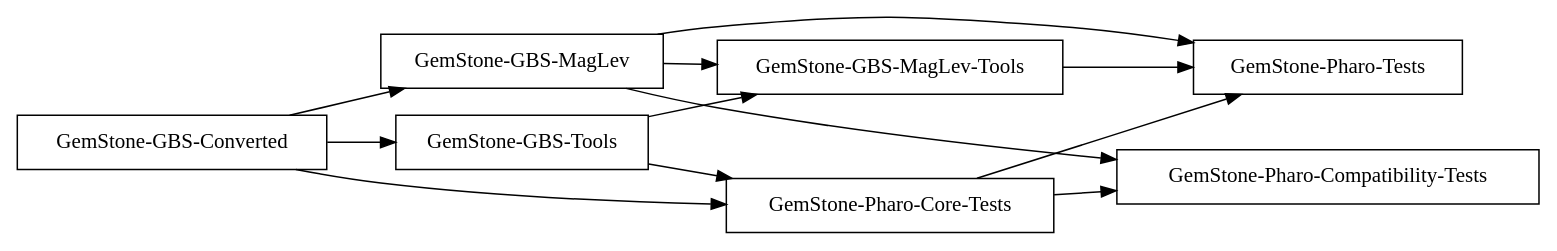
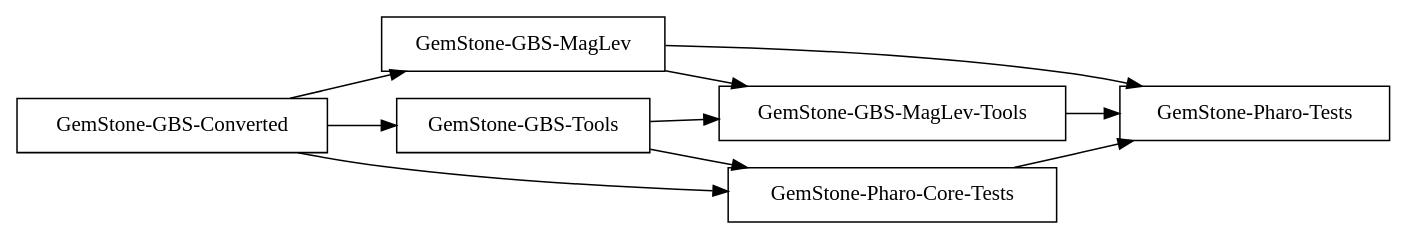
Before and after one commit to unicompute/GemStone-Pharo-Bridge: the diagram in doc/PACKAGE-GRAPH.dot, drawn with Graphviz. The commit also changed 62 other files, not shown here.

```diff
--- a/doc/PACKAGE-GRAPH.dot
+++ b/doc/PACKAGE-GRAPH.dot
@@ -1,24 +1,21 @@
 digraph GemStonePharoBridge {
   rankdir=LR;
   node [shape=box];
 
   "GemStone-GBS-Converted";
   "GemStone-GBS-MagLev";
   "GemStone-GBS-Tools";
   "GemStone-GBS-MagLev-Tools";
   "GemStone-Pharo-Core-Tests";
-  "GemStone-Pharo-Compatibility-Tests";
   "GemStone-Pharo-Tests";
 
   "GemStone-GBS-Converted" -> "GemStone-GBS-MagLev";
   "GemStone-GBS-Converted" -> "GemStone-GBS-Tools";
   "GemStone-GBS-Tools" -> "GemStone-GBS-MagLev-Tools";
   "GemStone-GBS-MagLev" -> "GemStone-GBS-MagLev-Tools";
   "GemStone-GBS-Converted" -> "GemStone-Pharo-Core-Tests";
   "GemStone-GBS-Tools" -> "GemStone-Pharo-Core-Tests";
-  "GemStone-Pharo-Core-Tests" -> "GemStone-Pharo-Compatibility-Tests";
-  "GemStone-GBS-MagLev" -> "GemStone-Pharo-Compatibility-Tests";
   "GemStone-Pharo-Core-Tests" -> "GemStone-Pharo-Tests";
   "GemStone-GBS-MagLev" -> "GemStone-Pharo-Tests";
   "GemStone-GBS-MagLev-Tools" -> "GemStone-Pharo-Tests";
 }
```
